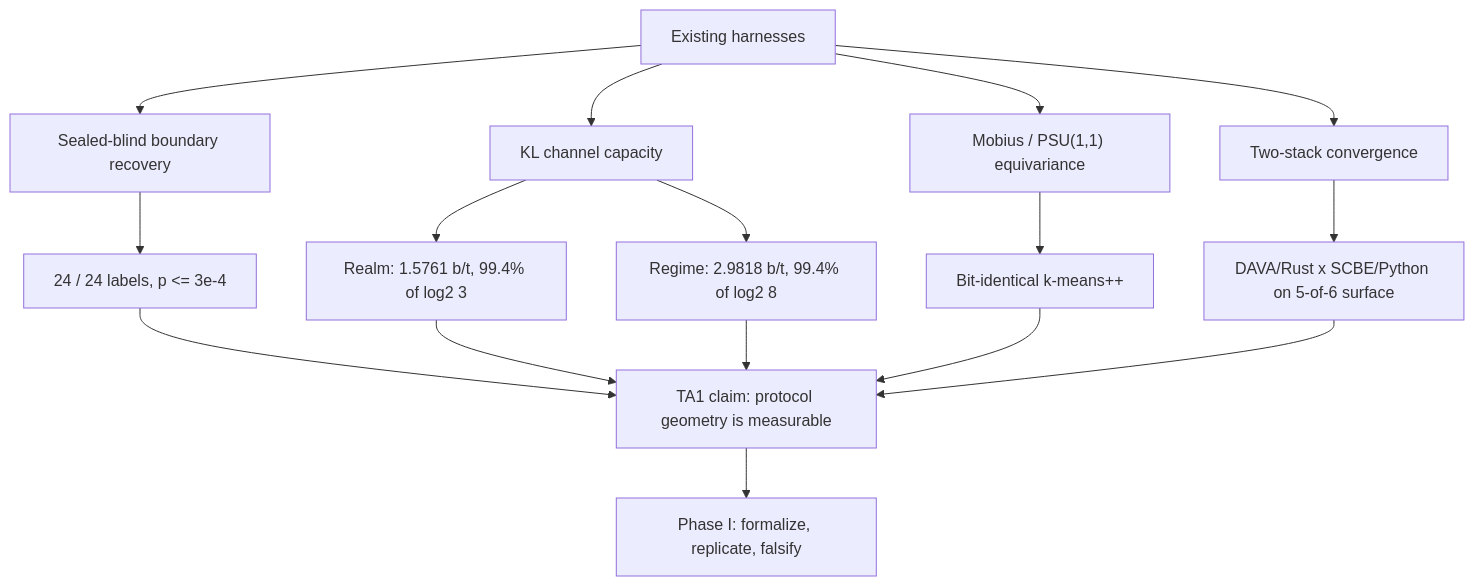
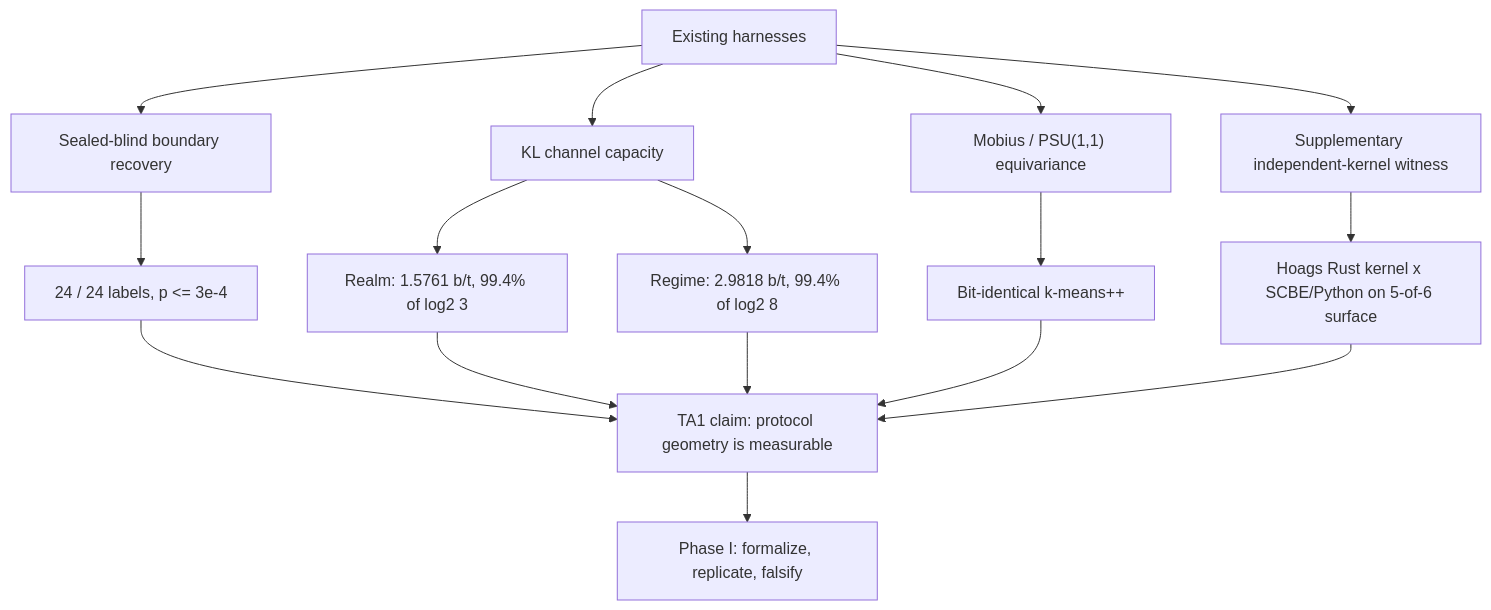
Before and after one commit to issdandavis/SCBE-AETHERMOORE: the second of 3 diagrams in docs/proposals/DARPA_MATHBAC/submission_readiness_2026-04-26.md, drawn with Mermaid. The commit also changed other lines of this file and 43 other files, not shown here.

````diff
--- a/docs/proposals/DARPA_MATHBAC/submission_readiness_2026-04-26.md
+++ b/docs/proposals/DARPA_MATHBAC/submission_readiness_2026-04-26.md
@@ -58,18 +72,18 @@
 ```mermaid
 flowchart TB
     A[Existing harnesses] --> B[Sealed-blind boundary recovery]
     A --> C[KL channel capacity]
     A --> D["Mobius / PSU(1,1) equivariance"]
-    A --> E[Two-stack convergence]
+    A --> E[Supplementary independent-kernel witness]
     B --> B1[24 / 24 labels, p <= 3e-4]
     C --> C1[Realm: 1.5761 b/t, 99.4% of log2 3]
     C --> C2[Regime: 2.9818 b/t, 99.4% of log2 8]
     D --> D1["Bit-identical k-means++"]
-    E --> E1["DAVA/Rust x SCBE/Python on 5-of-6 surface"]
+    E --> E1["Hoags Rust kernel x SCBE/Python on 5-of-6 surface"]
     B1 --> F[TA1 claim: protocol geometry is measurable]
     C1 --> F
     C2 --> F
     D1 --> F
     E1 --> F
     F --> G[Phase I: formalize, replicate, falsify]
 ```
````
